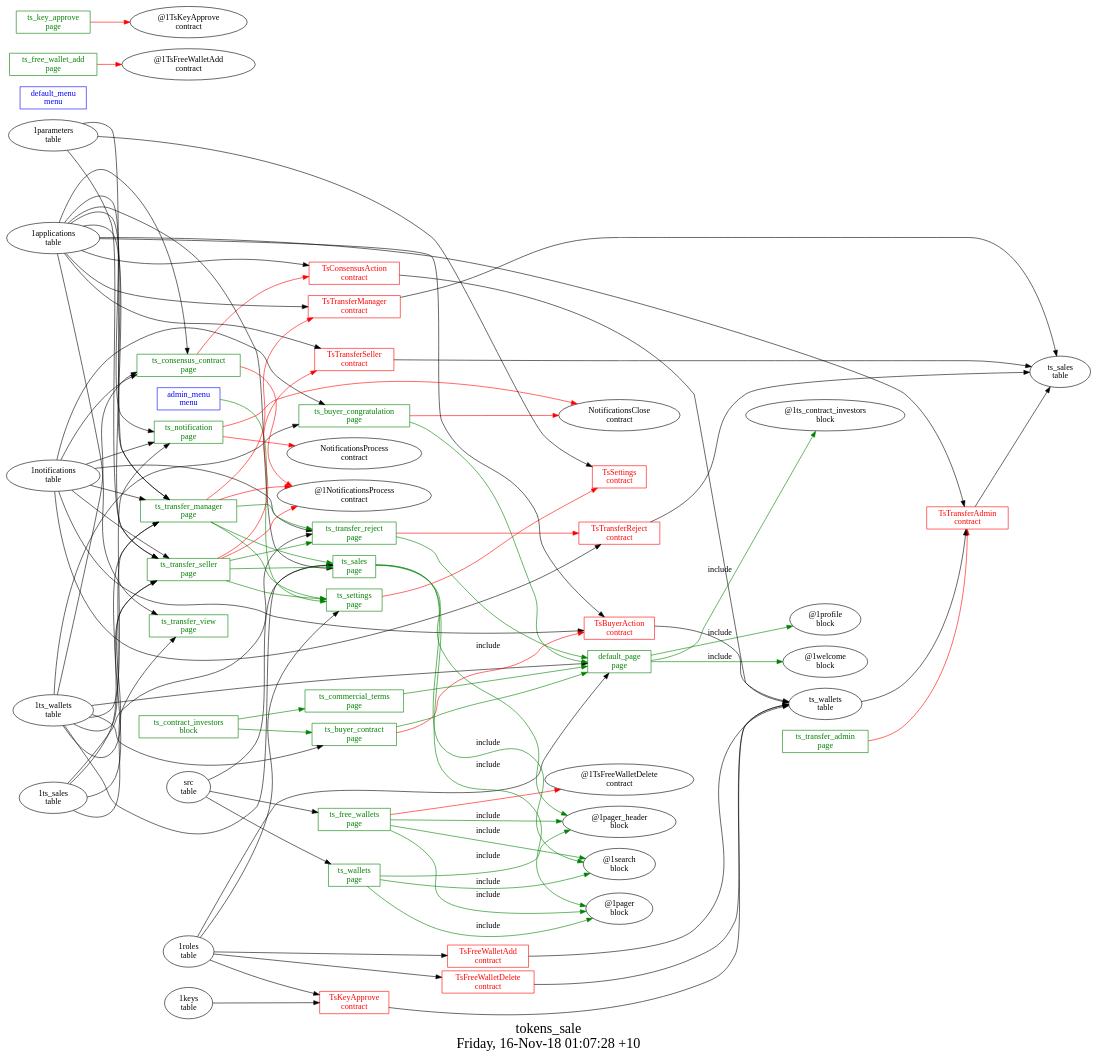
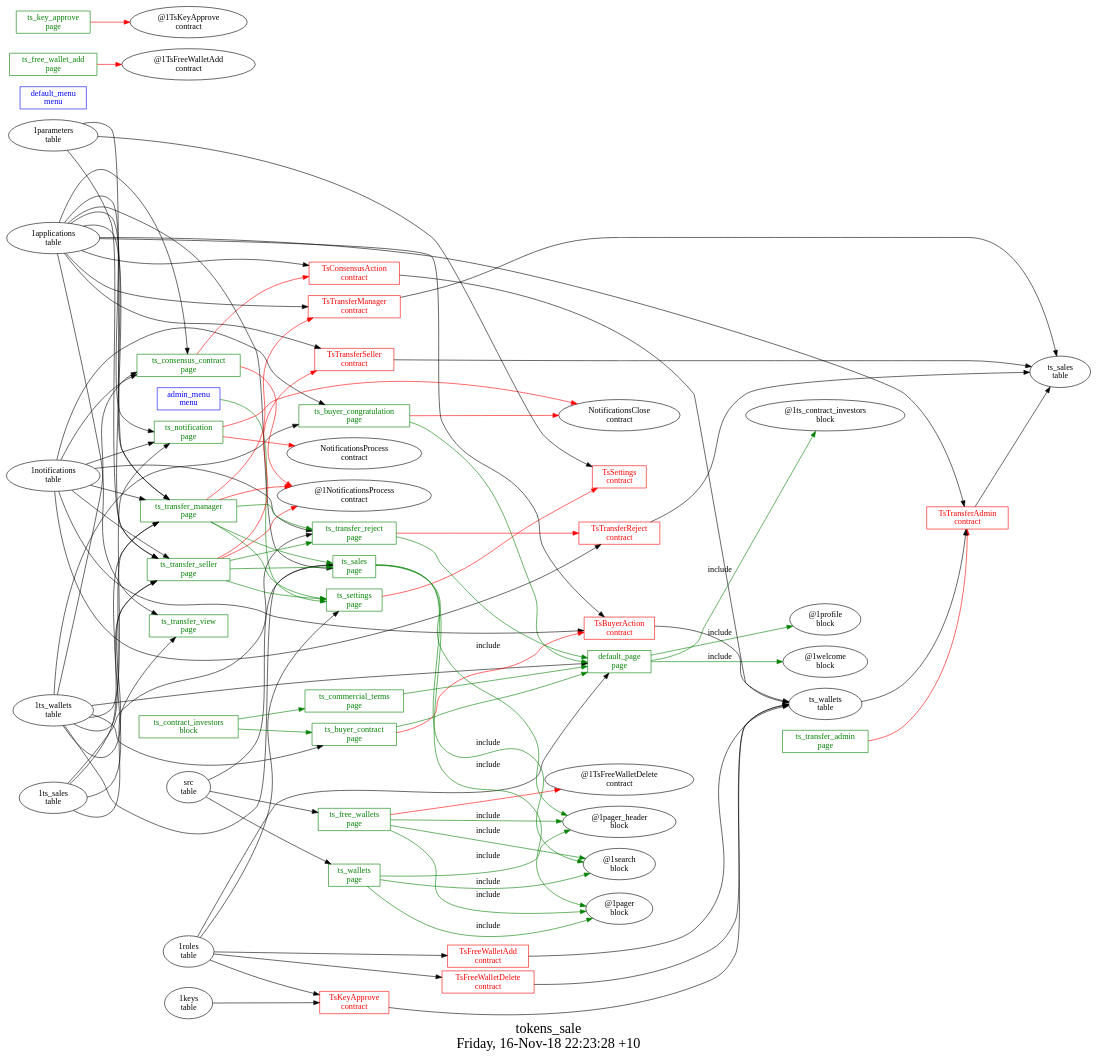
The diagram in other/tokens_sale/struct.dot (AplaProject/apps), drawn with Graphviz before and after one commit. The commit also changed 10 other files, not shown here.

```diff
--- a/other/tokens_sale/struct.dot
+++ b/other/tokens_sale/struct.dot
@@ -1,134 +1,134 @@
 digraph G {
 fontsize="24";
-label="tokens_sale\nFriday, 16-Nov-18 01:07:28 +10";
+label="tokens_sale\nFriday, 16-Nov-18 22:23:28 +10";
 nojustify=true;
 ordering=out;
 rankdir=LR;
 size="30";
 "admin_menu\nmenu" -> "ts_settings\npage"  [ color=green ]
 "admin_menu\nmenu" [color=blue, fontcolor=blue, group=menus, shape=record];
 "default_menu\nmenu" [color=blue, fontcolor=blue, group=menus, shape=record];
 "1ts_wallets\ntable" -> "default_page\npage"
 "1roles\ntable" -> "default_page\npage"
 "default_page\npage" -> "@1ts_contract_investors\nblock"  [ color=green, label=include ]
 "default_page\npage" -> "@1profile\nblock"  [ color=green, label=include ]
 "default_page\npage" -> "@1welcome\nblock"  [ color=green, label=include ]
 "default_page\npage" [color=green, fontcolor=green, group=pages, shape=record];
 "ts_buyer_congratulation\npage" -> "NotificationsClose\ncontract"  [ color=red ]
 "1ts_wallets\ntable" -> "ts_buyer_congratulation\npage"
 "1notifications\ntable" -> "ts_buyer_congratulation\npage"
 "ts_buyer_congratulation\npage" -> "default_page\npage"  [ color=green ]
 "ts_buyer_congratulation\npage" [color=green, fontcolor=green, group=pages, shape=record];
 "ts_buyer_contract\npage" -> "TsBuyerAction\ncontract"  [ color=red ]
 "1ts_wallets\ntable" -> "ts_buyer_contract\npage"
 "ts_buyer_contract\npage" -> "default_page\npage"  [ color=green ]
 "ts_buyer_contract\npage" [color=green, fontcolor=green, group=pages, shape=record];
 "ts_commercial_terms\npage" -> "default_page\npage"  [ color=green ]
 "ts_commercial_terms\npage" [color=green, fontcolor=green, group=pages, shape=record];
 "ts_consensus_contract\npage" -> "TsConsensusAction\ncontract"  [ color=red ]
 "ts_consensus_contract\npage" -> "@1NotificationsProcess\ncontract"  [ color=red ]
 "1applications\ntable" -> "ts_consensus_contract\npage"
 "1notifications\ntable" -> "ts_consensus_contract\npage"
 "1ts_wallets\ntable" -> "ts_consensus_contract\npage"
 "ts_consensus_contract\npage" [color=green, fontcolor=green, group=pages, shape=record];
 "ts_free_wallet_add\npage" -> "@1TsFreeWalletAdd\ncontract"  [ color=red ]
 "ts_free_wallet_add\npage" [color=green, fontcolor=green, group=pages, shape=record];
 "ts_free_wallets\npage" -> "@1TsFreeWalletDelete\ncontract"  [ color=red ]
 "src\ntable" -> "ts_free_wallets\npage"
 "ts_free_wallets\npage" -> "@1pager_header\nblock"  [ color=green, label=include ]
 "ts_free_wallets\npage" -> "@1search\nblock"  [ color=green, label=include ]
 "ts_free_wallets\npage" -> "@1pager\nblock"  [ color=green, label=include ]
 "ts_free_wallets\npage" [color=green, fontcolor=green, group=pages, shape=record];
 "ts_key_approve\npage" -> "@1TsKeyApprove\ncontract"  [ color=red ]
 "ts_key_approve\npage" [color=green, fontcolor=green, group=pages, shape=record];
 "ts_notification\npage" -> "NotificationsClose\ncontract"  [ color=red ]
 "ts_notification\npage" -> "NotificationsProcess\ncontract"  [ color=red ]
 "1applications\ntable" -> "ts_notification\npage"
 "1notifications\ntable" -> "ts_notification\npage"
 "1ts_wallets\ntable" -> "ts_notification\npage"
 "ts_notification\npage" [color=green, fontcolor=green, group=pages, shape=record];
 "1applications\ntable" -> "ts_sales\npage"
 "src\ntable" -> "ts_sales\npage"
 "1ts_wallets\ntable" -> "ts_sales\npage"
 "ts_sales\npage" -> "@1pager_header\nblock"  [ color=green, label=include ]
 "ts_sales\npage" -> "@1search\nblock"  [ color=green, label=include ]
 "ts_sales\npage" -> "@1pager\nblock"  [ color=green, label=include ]
 "ts_sales\npage" [color=green, fontcolor=green, group=pages, shape=record];
 "ts_settings\npage" -> "TsSettings\ncontract"  [ color=red ]
 "1roles\ntable" -> "ts_settings\npage"
 "ts_settings\npage" [color=green, fontcolor=green, group=pages, shape=record];
 "ts_transfer_admin\npage" -> "TsTransferAdmin\ncontract"  [ color=red ]
 "ts_transfer_admin\npage" [color=green, fontcolor=green, group=pages, shape=record];
 "ts_transfer_manager\npage" -> "TsTransferManager\ncontract"  [ color=red ]
 "ts_transfer_manager\npage" -> "@1NotificationsProcess\ncontract"  [ color=red ]
 "1applications\ntable" -> "ts_transfer_manager\npage"
 "1notifications\ntable" -> "ts_transfer_manager\npage"
 "1ts_sales\ntable" -> "ts_transfer_manager\npage"
 "1ts_wallets\ntable" -> "ts_transfer_manager\npage"
 "1parameters\ntable" -> "ts_transfer_manager\npage"
 "ts_transfer_manager\npage" -> "ts_transfer_reject\npage"  [ color=green ]
 "ts_transfer_manager\npage" -> "ts_sales\npage"  [ color=green ]
 "ts_transfer_manager\npage" -> "ts_settings\npage"  [ color=green ]
 "ts_transfer_manager\npage" [color=green, fontcolor=green, group=pages, shape=record];
 "ts_transfer_reject\npage" -> "TsTransferReject\ncontract"  [ color=red ]
 "1notifications\ntable" -> "ts_transfer_reject\npage"
 "1ts_sales\ntable" -> "ts_transfer_reject\npage"
 "ts_transfer_reject\npage" -> "default_page\npage"  [ color=green ]
 "ts_transfer_reject\npage" [color=green, fontcolor=green, group=pages, shape=record];
 "ts_transfer_seller\npage" -> "TsTransferSeller\ncontract"  [ color=red ]
 "ts_transfer_seller\npage" -> "@1NotificationsProcess\ncontract"  [ color=red ]
 "1applications\ntable" -> "ts_transfer_seller\npage"
 "1notifications\ntable" -> "ts_transfer_seller\npage"
 "1ts_sales\ntable" -> "ts_transfer_seller\npage"
 "1ts_wallets\ntable" -> "ts_transfer_seller\npage"
 "1parameters\ntable" -> "ts_transfer_seller\npage"
 "ts_transfer_seller\npage" -> "ts_transfer_reject\npage"  [ color=green ]
 "ts_transfer_seller\npage" -> "ts_sales\npage"  [ color=green ]
 "ts_transfer_seller\npage" -> "ts_settings\npage"  [ color=green ]
 "ts_transfer_seller\npage" [color=green, fontcolor=green, group=pages, shape=record];
 "1applications\ntable" -> "ts_transfer_view\npage"
 "1ts_sales\ntable" -> "ts_transfer_view\npage"
 "ts_transfer_view\npage" [color=green, fontcolor=green, group=pages, shape=record];
 "src\ntable" -> "ts_wallets\npage"
 "ts_wallets\npage" -> "@1pager_header\nblock"  [ color=green, label=include ]
 "ts_wallets\npage" -> "@1search\nblock"  [ color=green, label=include ]
 "ts_wallets\npage" -> "@1pager\nblock"  [ color=green, label=include ]
 "ts_wallets\npage" [color=green, fontcolor=green, group=pages, shape=record];
 "ts_contract_investors\nblock" -> "ts_commercial_terms\npage"  [ color=green ]
 "ts_contract_investors\nblock" -> "ts_buyer_contract\npage"  [ color=green ]
 "ts_contract_investors\nblock" [color=green, fontcolor=green, group=blocks, shape=record];
 "TsBuyerAction\ncontract" -> "ts_wallets\ntable"  [ color="" ]
 "1applications\ntable" -> "TsBuyerAction\ncontract"
 "1notifications\ntable" -> "TsBuyerAction\ncontract"
 "TsBuyerAction\ncontract" [color=red, fontcolor=red, group=contracts, shape=record];
 "TsConsensusAction\ncontract" -> "ts_wallets\ntable"  [ color="" ]
 "1applications\ntable" -> "TsConsensusAction\ncontract"
 "TsConsensusAction\ncontract" [color=red, fontcolor=red, group=contracts, shape=record];
 "TsFreeWalletAdd\ncontract" -> "ts_wallets\ntable"  [ color="" ]
 "1roles\ntable" -> "TsFreeWalletAdd\ncontract"
 "TsFreeWalletAdd\ncontract" [color=red, fontcolor=red, group=contracts, shape=record];
 "TsFreeWalletDelete\ncontract" -> "ts_wallets\ntable"  [ color="" ]
 "1roles\ntable" -> "TsFreeWalletDelete\ncontract"
 "TsFreeWalletDelete\ncontract" [color=red, fontcolor=red, group=contracts, shape=record];
 "TsKeyApprove\ncontract" -> "ts_wallets\ntable"  [ color="" ]
 "1keys\ntable" -> "TsKeyApprove\ncontract"
 "1roles\ntable" -> "TsKeyApprove\ncontract"
 "TsKeyApprove\ncontract" [color=red, fontcolor=red, group=contracts, shape=record];
 "1parameters\ntable" -> "TsSettings\ncontract"
 "TsSettings\ncontract" [color=red, fontcolor=red, group=contracts, shape=record];
 "TsTransferAdmin\ncontract" -> "ts_sales\ntable"  [ color="" ]
 "1applications\ntable" -> "TsTransferAdmin\ncontract"
 "ts_wallets\ntable" -> "TsTransferAdmin\ncontract"
 "TsTransferAdmin\ncontract" [color=red, fontcolor=red, group=contracts, shape=record];
 "TsTransferManager\ncontract" -> "ts_sales\ntable"  [ color="" ]
 "1applications\ntable" -> "TsTransferManager\ncontract"
 "TsTransferManager\ncontract" [color=red, fontcolor=red, group=contracts, shape=record];
 "TsTransferReject\ncontract" -> "ts_sales\ntable"  [ color="" ]
 "1notifications\ntable" -> "TsTransferReject\ncontract"
 "TsTransferReject\ncontract" [color=red, fontcolor=red, group=contracts, shape=record];
 "TsTransferSeller\ncontract" -> "ts_sales\ntable"  [ color="" ]
 "1applications\ntable" -> "TsTransferSeller\ncontract"
 "TsTransferSeller\ncontract" [color=red, fontcolor=red, group=contracts, shape=record];
 "ts_sales\ntable" [color="", fontcolor="", group=tables, shape=""];
 "ts_wallets\ntable" [color="", fontcolor="", group=tables, shape=""];
 }
```
